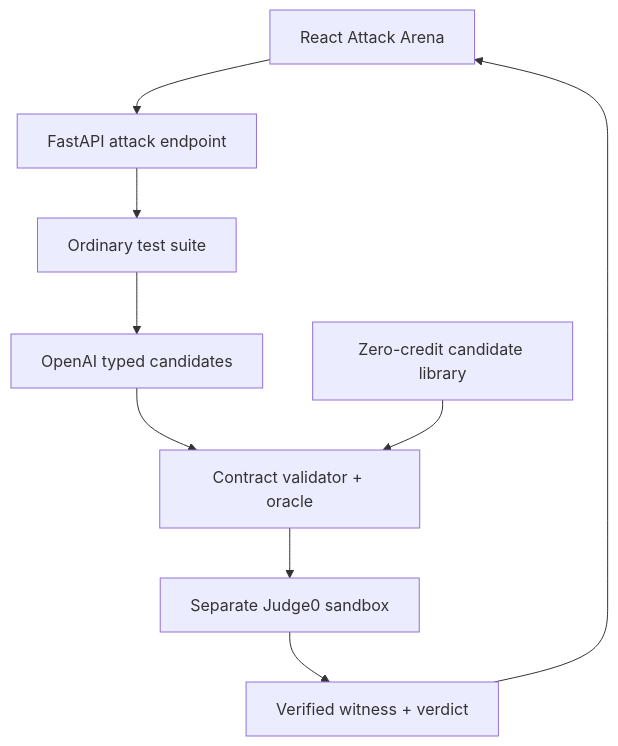
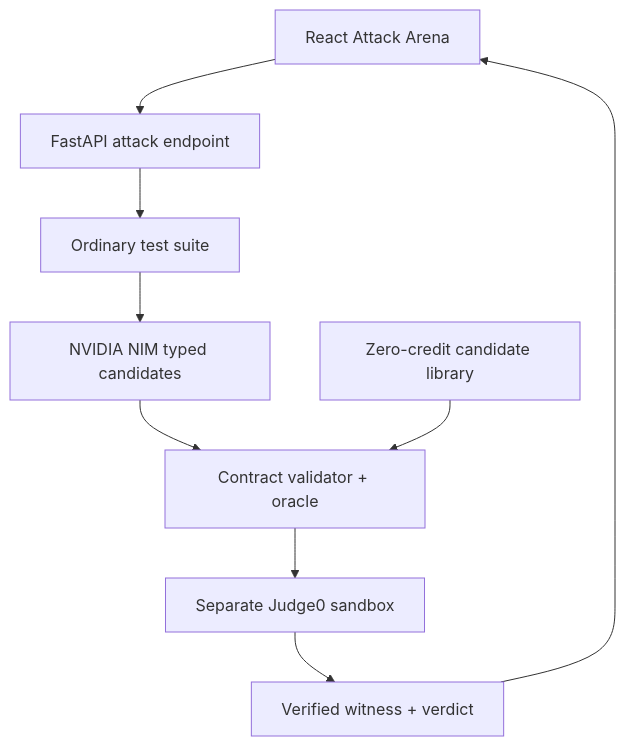
Before and after one commit to sanyamChaudhary27/CodeRoad: the diagram in README.md, drawn with Mermaid. The commit also changed other lines of this file and 11 other files, not shown here.

Commit message:
feat: use NVIDIA NIM for arena prewarming

````diff
--- a/README.md
+++ b/README.md
@@ -80,11 +80,11 @@
 ```mermaid
 flowchart TD
     UI["React Attack Arena"] --> API["FastAPI attack endpoint"]
     API --> BASE["Ordinary test suite"]
-    BASE --> GEN["OpenAI typed candidates"]
+    BASE --> GEN["NVIDIA NIM typed candidates"]
     GEN --> CHECK["Contract validator + oracle"]
     CHECK --> RUN["Separate Judge0 sandbox"]
     RUN --> VERDICT["Verified witness + verdict"]
     VERDICT --> UI
     FALLBACK["Zero-credit candidate library"] --> CHECK
 ```
````
